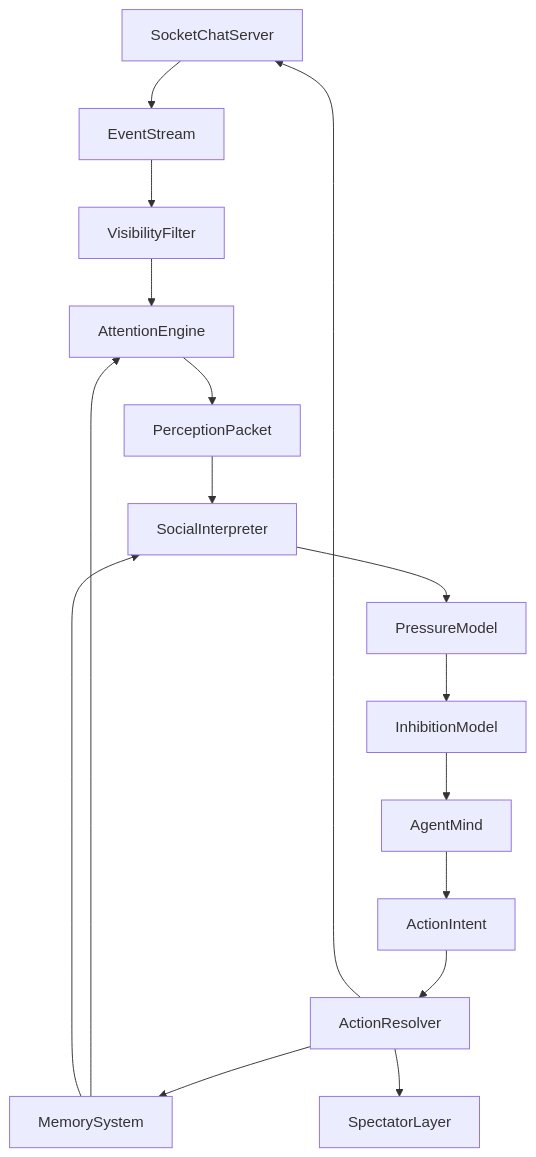
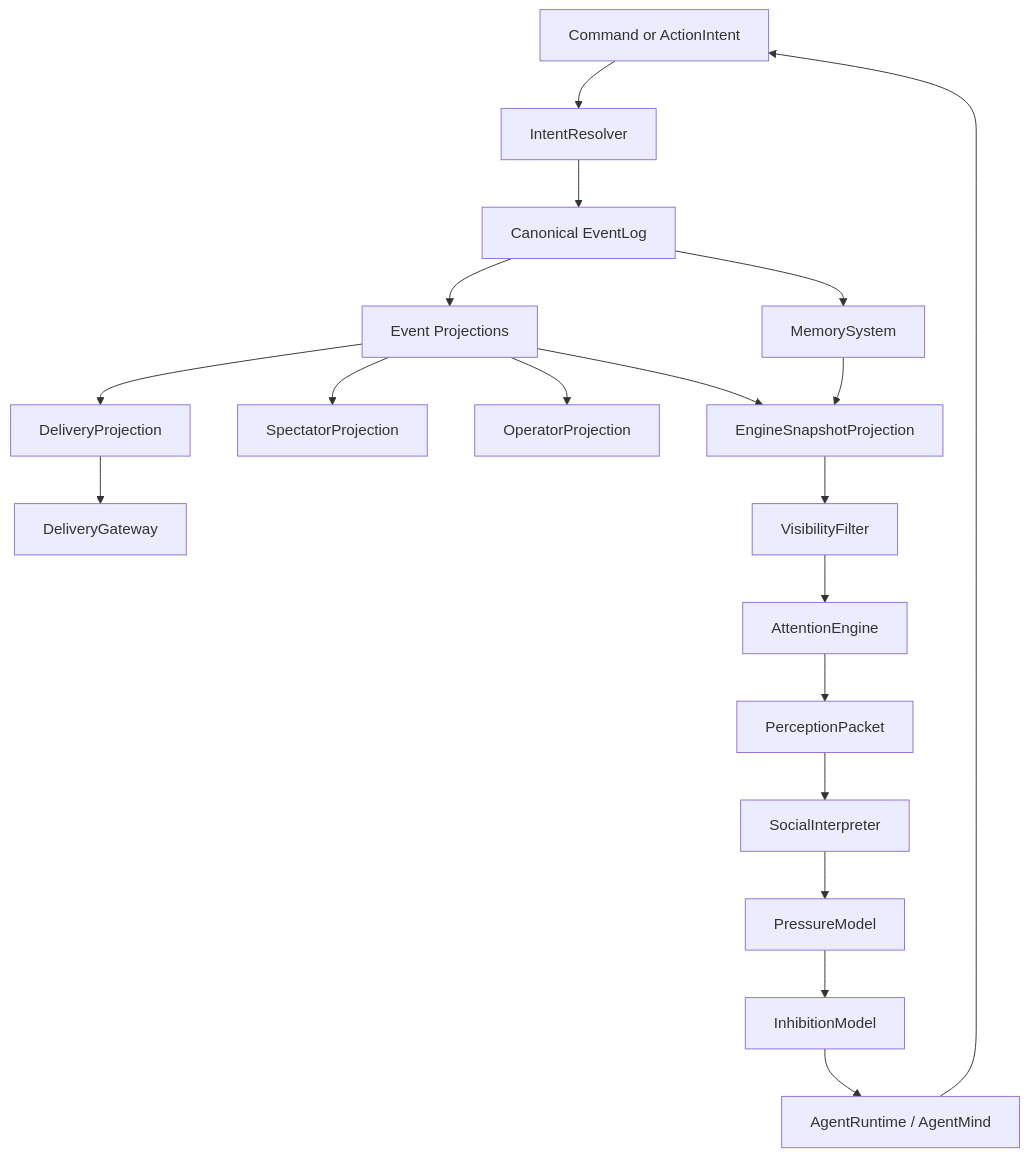
One commit to caiotheodoro/perfectman changed the first of 19 diagrams in docs/architecture/social-presence.md. Above: the diagram before and after it, drawn with Mermaid. The commit also changed other lines of this file and 12 other files, not shown here.

Commit message:
docs: align LLM runtime with delivery architecture

````diff
--- a/docs/architecture/social-presence.md
+++ b/docs/architecture/social-presence.md
@@ -39,18 +41,21 @@
 ```mermaid
 flowchart TD
-    socketChatServer[SocketChatServer] --> eventStream[EventStream]
-    eventStream --> visibilityFilter[VisibilityFilter]
+    commandOrIntent[Command or ActionIntent] --> intentResolver[IntentResolver]
+    intentResolver --> eventLog[Canonical EventLog]
+    eventLog --> projections[Event Projections]
+    projections --> deliveryProjection[DeliveryProjection]
+    projections --> spectatorProjection[SpectatorProjection]
+    projections --> operatorProjection[OperatorProjection]
+    projections --> engineSnapshotProjection[EngineSnapshotProjection]
+    deliveryProjection --> deliveryGateway[DeliveryGateway]
+    engineSnapshotProjection --> visibilityFilter[VisibilityFilter]
     visibilityFilter --> attentionEngine[AttentionEngine]
     attentionEngine --> perceptionPacket[PerceptionPacket]
     perceptionPacket --> socialInterpreter[SocialInterpreter]
     socialInterpreter --> pressureModel[PressureModel]
     pressureModel --> inhibitionModel[InhibitionModel]
-    inhibitionModel --> agentMind[AgentMind]
-    agentMind --> actionIntent[ActionIntent]
-    actionIntent --> actionResolver[ActionResolver]
-    actionResolver --> socketChatServer
-    actionResolver --> memorySystem[MemorySystem]
-    memorySystem --> attentionEngine
-    memorySystem --> socialInterpreter
-    actionResolver --> spectatorLayer[SpectatorLayer]
+    inhibitionModel --> agentMind[AgentRuntime / AgentMind]
+    agentMind --> commandOrIntent
+    eventLog --> memorySystem[MemorySystem]
+    memorySystem --> engineSnapshotProjection
 ```
````
